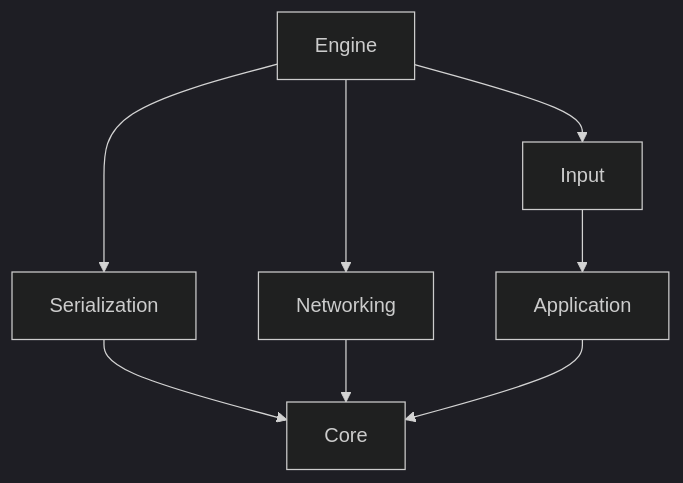
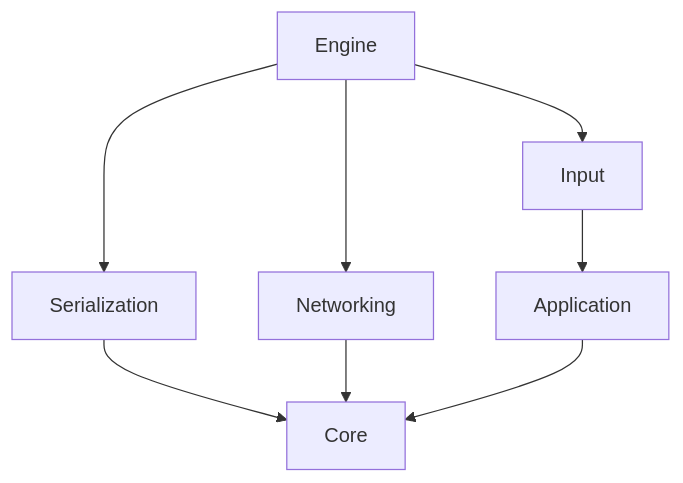
Before and after one commit to JonatanNevo/portal-framework: the diagram in docs/source/modules/index.md, drawn with Mermaid. The commit also changed 13 other files, not shown here.

````diff
--- a/docs/source/modules/index.md
+++ b/docs/source/modules/index.md
@@ -9,14 +9,11 @@
 ```{mermaid}
----
-config: {"theme": "dark"}
----
 
 flowchart TD
     Engine --> Input
     Engine --> Networking
     Engine --> Serialization
     Input --> Application
     Serialization --> Core
     Networking --> Core
     Application --> Core
 ```
````
